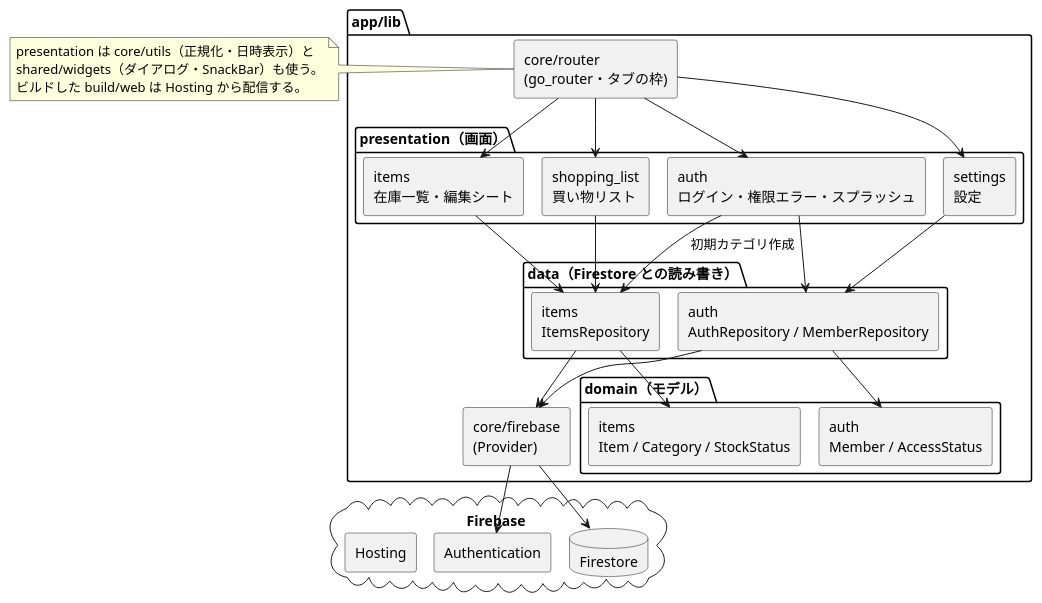
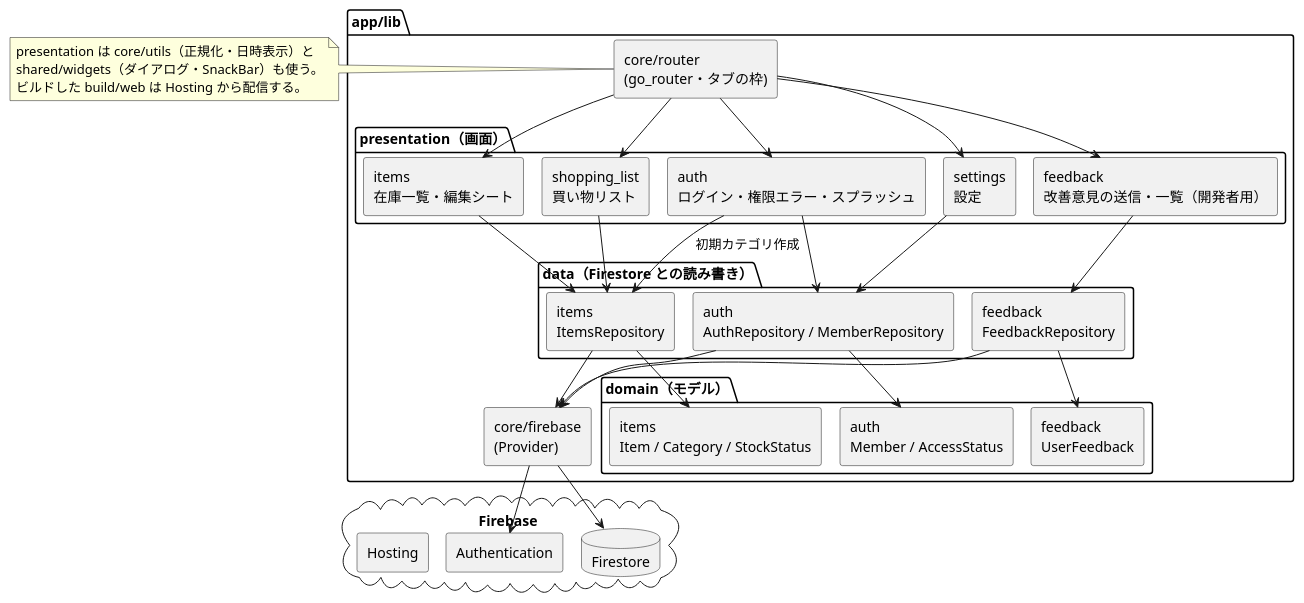
One commit to LASC-SINCE2015/LivingManager changed the diagram in design/architecture/diagrams/components.puml. Above: the diagram before and after it, drawn with PlantUML. The commit also changed 43 other files, not shown here.

```diff
--- a/design/architecture/diagrams/components.puml
+++ b/design/architecture/diagrams/components.puml
@@ -1,61 +1,68 @@
 @startuml components
 !pragma layout smetana
 ' アプリの機能・層と Firebase の関係を表すコンポーネント図（上から presentation → data → Firebase）
 skinparam defaultFontName "Meiryo"
 skinparam componentStyle rectangle
 top to bottom direction
 
 package "app/lib" {
   [core/router\n(go_router・タブの枠)] as router
 
   package "presentation（画面）" {
     [auth\nログイン・権限エラー・スプラッシュ] as authP
     [items\n在庫一覧・編集シート] as itemsP
     [shopping_list\n買い物リスト] as shopP
     [settings\n設定] as setP
+    [feedback\n改善意見の送信・一覧（開発者用）] as fbP
   }
 
   package "data（Firestore との読み書き）" {
     [auth\nAuthRepository / MemberRepository] as authD
     [items\nItemsRepository] as itemsD
+    [feedback\nFeedbackRepository] as fbD
   }
 
   package "domain（モデル）" {
     [auth\nMember / AccessStatus] as authM
     [items\nItem / Category / StockStatus] as itemsM
+    [feedback\nUserFeedback] as fbM
   }
 
   [core/firebase\n(Provider)] as fbp
 }
 
 cloud "Firebase" {
   [Authentication] as auth
   database "Firestore" as fs
   [Hosting] as hosting
 }
 
 router --> authP
 router --> itemsP
 router --> shopP
 router --> setP
+router --> fbP
 
 authP --> authD
 authP --> itemsD : 初期カテゴリ作成
 itemsP --> itemsD
 shopP --> itemsD
 setP --> authD
+fbP --> fbD
 
 authD --> authM
 itemsD --> itemsM
+fbD --> fbM
 
 authD --> fbp
 itemsD --> fbp
+fbD --> fbp
 fbp --> auth
 fbp --> fs
 
 note right of router
   presentation は core/utils（正規化・日時表示）と
   shared/widgets（ダイアログ・SnackBar）も使う。
   ビルドした build/web は Hosting から配信する。
 end note
 @enduml
```
